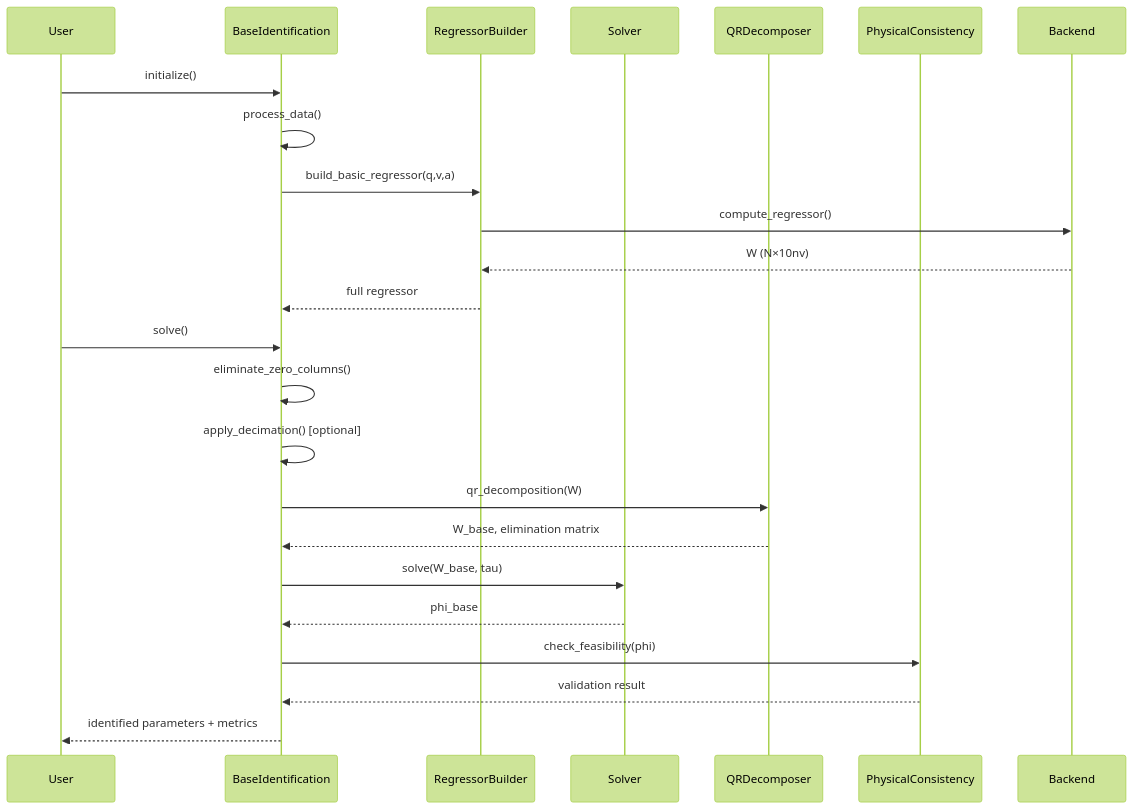
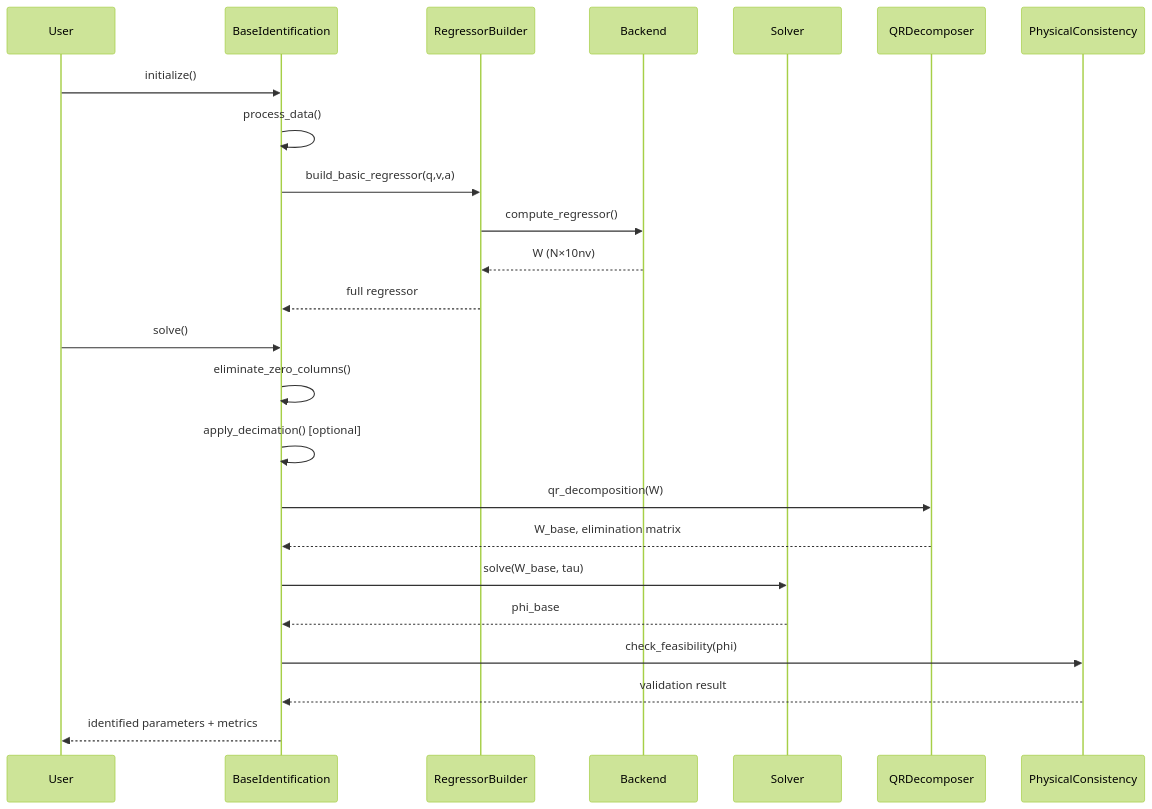
Before and after one commit to thanhndv212/figaroh-plus: the third of 6 diagrams in ARCHITECTURE.md, drawn with Mermaid (forest theme). The commit also changed other lines of this file, not shown here.

Commit message:
docs: Enhance architecture documentation with detailed diagrams and workflow descriptions

````diff
--- a/ARCHITECTURE.md
+++ b/ARCHITECTURE.md
@@ -214,30 +368,31 @@
 ```mermaid
 sequenceDiagram
     participant User
     participant BaseIdentification
     participant RegressorBuilder
+    participant Backend
     participant Solver
     participant QRDecomposer
     participant PhysicalConsistency
     
     User->>BaseIdentification: initialize()
     BaseIdentification->>BaseIdentification: process_data()
     BaseIdentification->>RegressorBuilder: build_basic_regressor(q,v,a)
     RegressorBuilder->>Backend: compute_regressor()
     Backend-->>RegressorBuilder: W (N×10nv)
     RegressorBuilder-->>BaseIdentification: full regressor
     
     User->>BaseIdentification: solve()
     BaseIdentification->>BaseIdentification: eliminate_zero_columns()
     BaseIdentification->>BaseIdentification: apply_decimation() [optional]
     BaseIdentification->>QRDecomposer: qr_decomposition(W)
     QRDecomposer-->>BaseIdentification: W_base, elimination matrix
     
     BaseIdentification->>Solver: solve(W_base, tau)
     Solver-->>BaseIdentification: phi_base
     
     BaseIdentification->>PhysicalConsistency: check_feasibility(phi)
     PhysicalConsistency-->>BaseIdentification: validation result
     
     BaseIdentification-->>User: identified parameters + metrics
 ```
````
